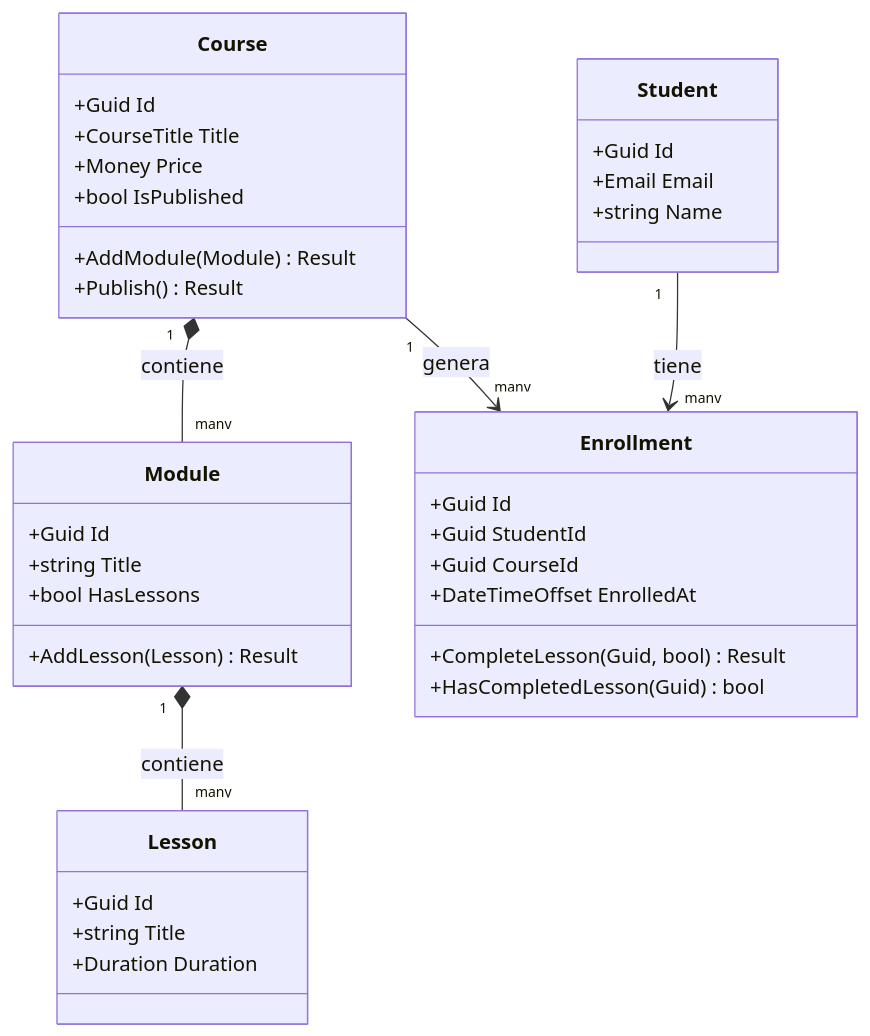
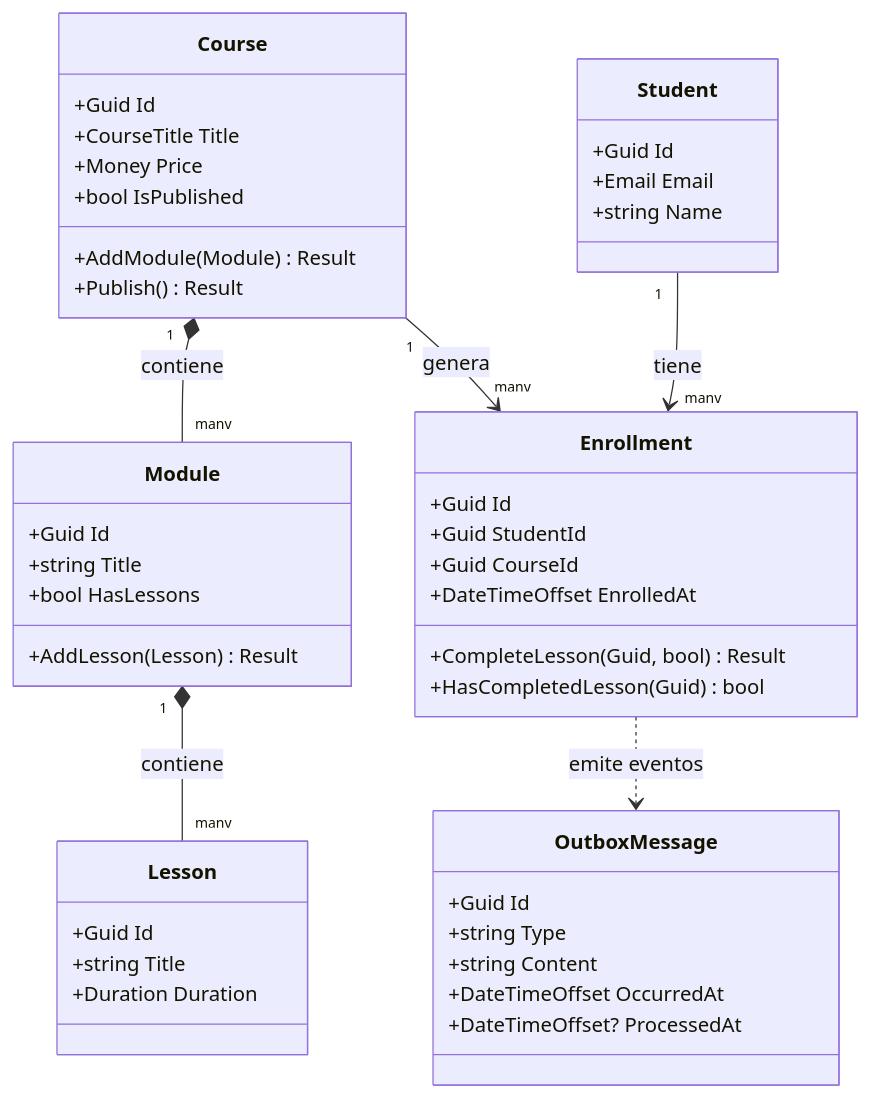
The second of 2 diagrams in README.md (alejandroachinelli/nexa-learn), drawn with Mermaid before and after one commit. The commit also changed other lines of this file, not shown here.

````diff
--- a/README.md
+++ b/README.md
@@ -51,44 +56,53 @@
 ```mermaid
 classDiagram
     class Course {
         +Guid Id
         +CourseTitle Title
         +Money Price
         +bool IsPublished
         +AddModule(Module) Result
         +Publish() Result
     }
 
     class Module {
         +Guid Id
         +string Title
         +bool HasLessons
         +AddLesson(Lesson) Result
     }
 
     class Lesson {
         +Guid Id
         +string Title
         +Duration Duration
     }
 
     class Student {
         +Guid Id
         +Email Email
         +string Name
     }
 
     class Enrollment {
         +Guid Id
         +Guid StudentId
         +Guid CourseId
         +DateTimeOffset EnrolledAt
         +CompleteLesson(Guid, bool) Result
         +HasCompletedLesson(Guid) bool
     }
 
+    class OutboxMessage {
+        +Guid Id
+        +string Type
+        +string Content
+        +DateTimeOffset OccurredAt
+        +DateTimeOffset? ProcessedAt
+    }
+
     Course "1" *-- "many" Module : contiene
     Module "1" *-- "many" Lesson : contiene
     Student "1" --> "many" Enrollment : tiene
     Course "1" --> "many" Enrollment : genera
+    Enrollment ..> OutboxMessage : emite eventos
 ```
````
